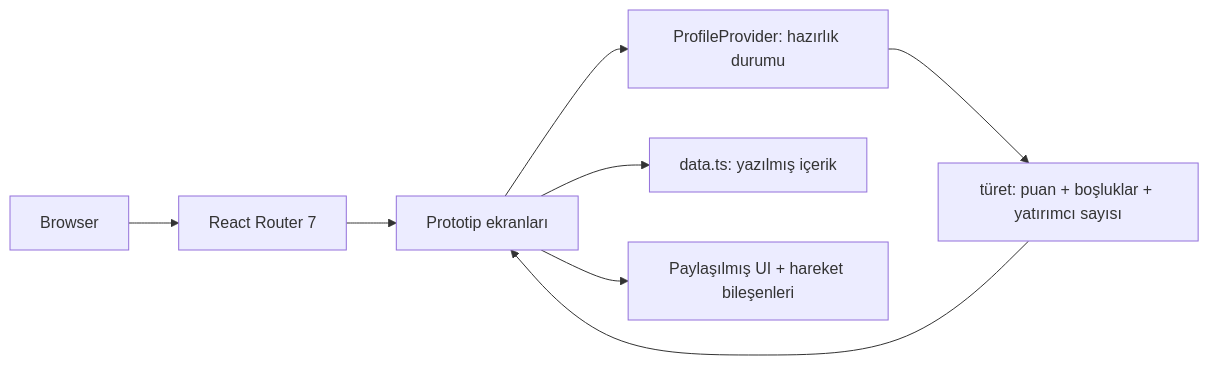
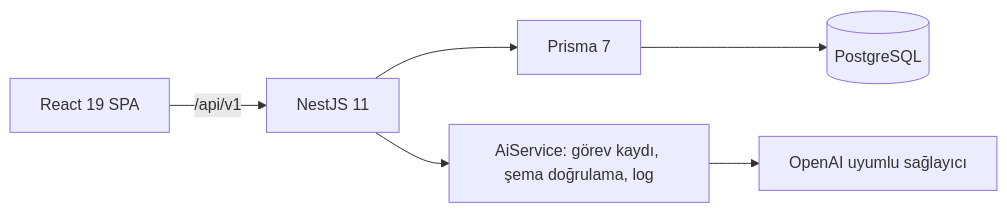
Before and after one commit to kursat-dev/case-study-yon: the diagram in yon.md, drawn with Mermaid. The commit also changed other lines of this file and 1 other file, not shown here.

````diff
--- a/yon.md
+++ b/yon.md
@@ -80,10 +51,7 @@
 ```mermaid
 flowchart LR
-    Browser --> Router[React Router 7]
-    Router --> Screens[Prototip ekranları]
-    Screens --> Profile[ProfileProvider: hazırlık durumu]
-    Screens --> Data[data.ts: yazılmış içerik]
-    Profile --> Derive[türet: puan + boşluklar + yatırımcı sayısı]
-    Derive --> Screens
-    Screens --> UI[Paylaşılmış UI + hareket bileşenleri]
+    Browser[React 19 SPA] -->|/api/v1| API[NestJS 11]
+    API --> ORM[Prisma 7] --> DB[(PostgreSQL)]
+    API --> AI[AiService: görev kaydı, şema doğrulama, log]
+    AI --> Provider[OpenAI uyumlu sağlayıcı]
 ```
````
